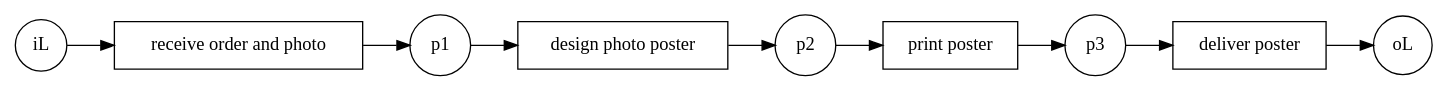
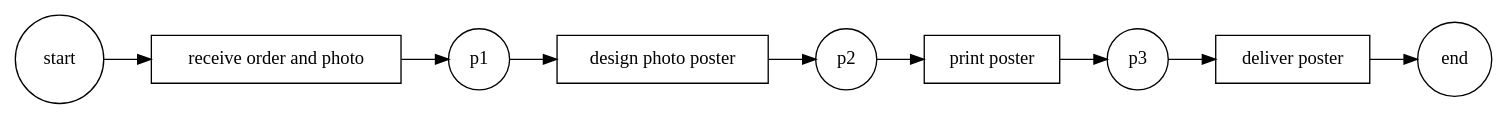
Before and after one commit to PhamCaoLam/Process_Mining_Internship: the diagram in graph-output/graph-output/posterinstances.gv, drawn with Graphviz. The commit also changed 34 other files, not shown here.

```diff
--- a/graph-output/graph-output/posterinstances.gv
+++ b/graph-output/graph-output/posterinstances.gv
@@ -1,27 +1,27 @@
 digraph {
 	graph [rankdir=LR]
 	"receive order and photo" [shape=rect]
 	p1 [shape=circle]
 	"receive order and photo" -> p1
 	p1 [shape=circle]
 	"design photo poster" [shape=rect]
 	p1 -> "design photo poster"
 	"design photo poster" [shape=rect]
 	p2 [shape=circle]
 	"design photo poster" -> p2
 	p2 [shape=circle]
 	"print poster" [shape=rect]
 	p2 -> "print poster"
 	"print poster" [shape=rect]
 	p3 [shape=circle]
 	"print poster" -> p3
 	p3 [shape=circle]
 	"deliver poster" [shape=rect]
 	p3 -> "deliver poster"
-	iL [shape=circle]
+	start [shape=circle]
 	"receive order and photo" [shape=rect]
-	iL -> "receive order and photo"
-	oL [shape=circle]
+	start -> "receive order and photo"
+	end [shape=circle]
 	"deliver poster" [shape=rect]
-	"deliver poster" -> oL
+	"deliver poster" -> end
 }
```
